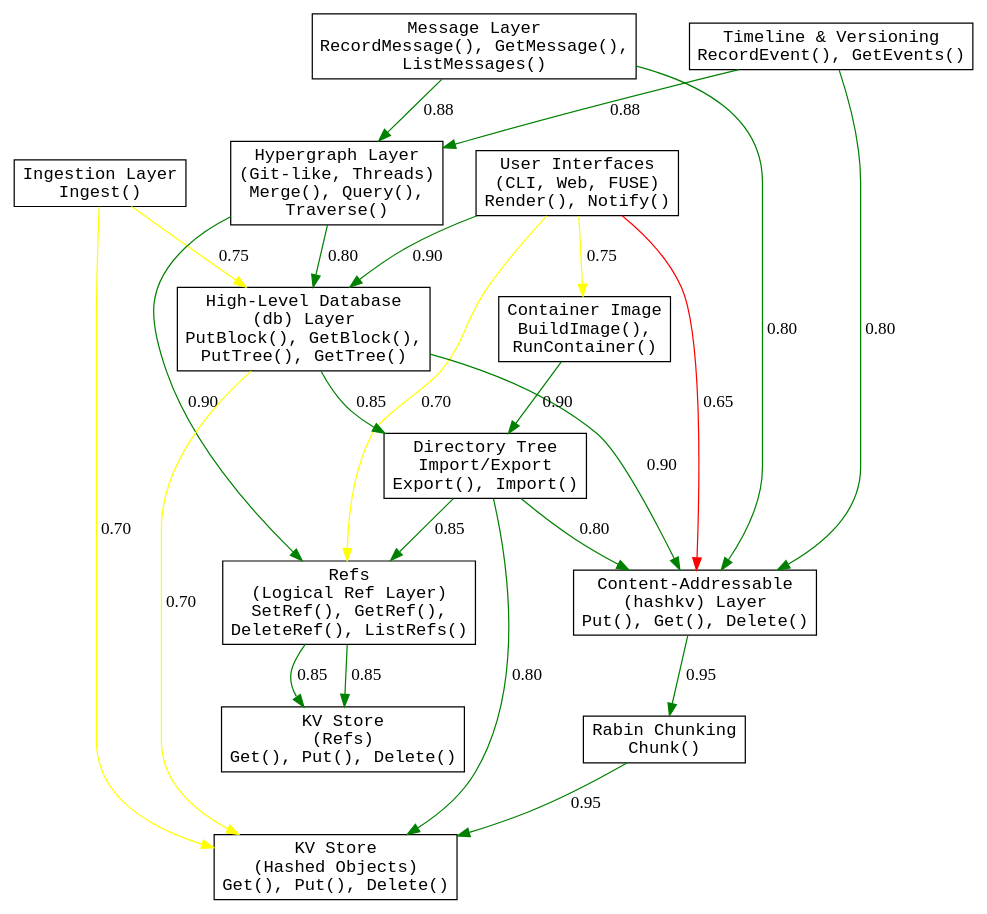
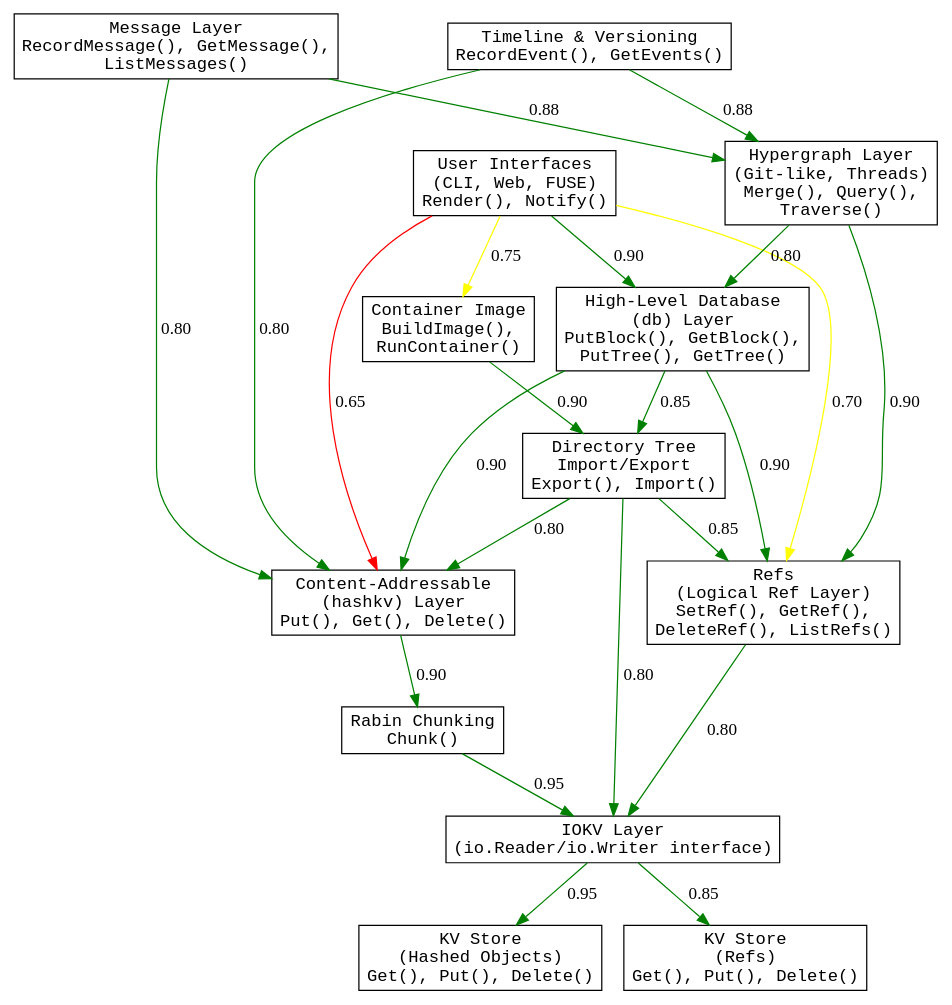
The diagram in x/layers.dot (stevegt/promisebase), drawn with Graphviz before and after one commit. The commit also changed 3 other files, not shown here.

```diff
--- a/x/layers.dot
+++ b/x/layers.dot
@@ -1,57 +1,58 @@
+/* This graph illustrates the layered architecture for Promisebase.
+Each node represents a module or layer and edges indicate flows. */
 digraph Layers {
   rankdir=TB;
-  node [shape=box, style=filled, fillcolor=white, fontname="monospace"];
+  node [shape=box, style=filled, fillcolor=white,
+  fontname="monospace"];
 
   UI [label="User Interfaces\n(CLI, Web, FUSE)\nRender(), Notify()"];
   Message [label="Message Layer\nRecordMessage(), GetMessage(),\nListMessages()"];
   Timeline [label="Timeline & Versioning\nRecordEvent(), GetEvents()"];
-  Ingest [label="Ingestion Layer\nIngest()"];
   HGraph [label="Hypergraph Layer\n(Git-like, Threads)\nMerge(), Query(),\nTraverse()"];
   DB [label="High-Level Database\n(db) Layer\nPutBlock(), GetBlock(),\nPutTree(), GetTree()"];
   Refs [label="Refs\n(Logical Ref Layer)\nSetRef(), GetRef(),\nDeleteRef(), ListRefs()"];
   HashKV [label="Content-Addressable\n(hashkv) Layer\nPut(), Get(), Delete()"];
   Rabin [label="Rabin Chunking\nChunk()"];
+  iokv [label="IOKV Layer\n(io.Reader/io.Writer interface)"];
   KV_Hashed [label="KV Store\n(Hashed Objects)\nGet(), Put(), Delete()"];
   KV_Refs [label="KV Store\n(Refs)\nGet(), Put(), Delete()"];
   DirTree [label="Directory Tree\nImport/Export\nExport(), Import()"];
   ContainerImage [label="Container Image\nBuildImage(),\nRunContainer()"];
 
   // Primary flows from multiple roots.
   UI -> DB [label="0.90", color="green"];
   Message -> HGraph [label="0.88", color="green"];
   Timeline -> HGraph [label="0.88", color="green"];
-  Ingest -> DB [label="0.75", color="yellow"];
   HGraph -> DB [label="0.80", color="green"];
 
   // Alternative connections from roots.
   UI -> HashKV [label="0.65", color="red"];
   Message -> HashKV [label="0.80", color="green"];
   Timeline -> HashKV [label="0.80", color="green"];
-  Ingest -> KV_Hashed [label="0.70", color="yellow"];
   UI -> Refs [label="0.70", color="yellow"];
 
   // Ref integration via storage backend.
   HGraph -> Refs [label="0.90", color="green"];
-  Refs -> KV_Refs [label="0.85", color="green"];
 
   // High-level DB flows.
   DB -> HashKV [label="0.90", color="green"];
-  DB -> KV_Hashed [label="0.70", color="yellow"];
+  DB -> Refs [label="0.90", color="green"];
 
-  // Rabin chunking is placed above hashkv.
-  HashKV -> Rabin [label="0.95", color="green"];
-  Rabin -> KV_Hashed [label="0.95", color="green"];
+  // Rabin chunking is placed above IOKV layer.
+  HashKV -> Rabin [label="0.90", color="green"];
+  Rabin -> iokv [label="0.95", color="green"];
+  iokv -> KV_Hashed [label="0.95", color="green"];
+  iokv -> KV_Refs [label="0.85", color="green"];
 
   // Directory tree module integrates with several layers.
   DB -> DirTree [label="0.85", color="green"];
-  DirTree -> KV_Hashed [label="0.80", color="green"];
+  DirTree -> iokv [label="0.80", color="green"];
   DirTree -> HashKV [label="0.80", color="green"];
   DirTree -> Refs [label="0.85", color="green"];
 
   // Container image layer as an alternative UI leaf.
   UI -> ContainerImage [label="0.75", color="yellow"];
   ContainerImage -> DirTree [label="0.90", color="green"];
 
-  // Alternative paths from Refs directly to KV.
-  Refs -> KV_Refs [label="0.85", color="green"];
+  Refs -> iokv [label="0.80", color="green"];
 }
```
